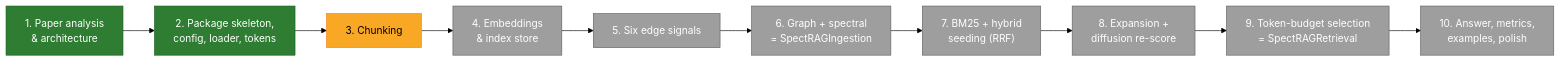
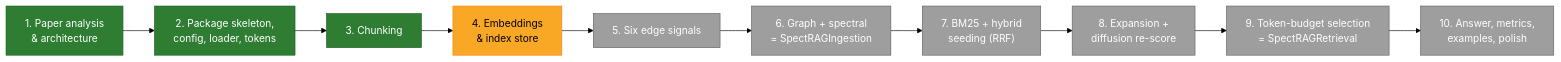
Before and after one commit to aion7891/Spect-RAG: the fifth of 7 diagrams in README.md, drawn with Mermaid (forest theme). The commit also changed other lines of this file and 10 other files, not shown here.

````diff
--- a/README.md
+++ b/README.md
@@ -391,15 +407,15 @@
 ```mermaid
 flowchart LR
     P1["1. Paper analysis<br/>& architecture"]:::done --> P2["2. Package skeleton,<br/>config, loader, tokens"]:::done
-    P2 --> P3["3. Chunking"]:::doing
-    P3 --> P4["4. Embeddings<br/>& index store"]:::todo
+    P2 --> P3["3. Chunking"]:::done
+    P3 --> P4["4. Embeddings<br/>& index store"]:::doing
     P4 --> P5["5. Six edge signals"]:::todo
     P5 --> P6["6. Graph + spectral<br/>= SpectRAGIngestion"]:::todo
     P6 --> P7["7. BM25 + hybrid<br/>seeding (RRF)"]:::todo
     P7 --> P8["8. Expansion +<br/>diffusion re-score"]:::todo
     P8 --> P9["9. Token-budget selection<br/>= SpectRAGRetrieval"]:::todo
     P9 --> P10["10. Answer, metrics,<br/>examples, polish"]:::todo
     classDef done fill:#2e7d32,color:#fff,stroke:#1b5e20
     classDef doing fill:#f9a825,color:#000,stroke:#f57f17
     classDef todo fill:#9e9e9e,color:#fff,stroke:#616161
 ```
````
